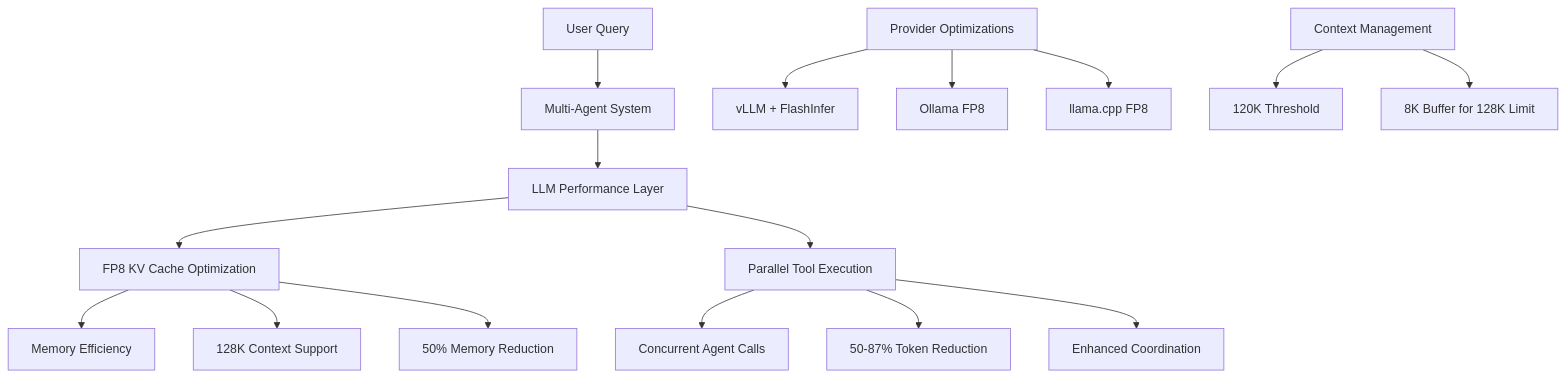
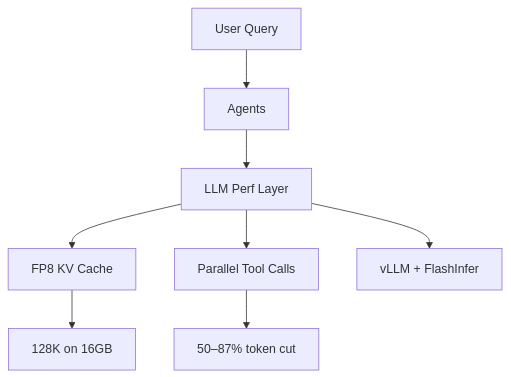
Before and after one commit to BjornMelin/docmind-ai-llm: the diagram in docs/developers/adrs/ADR-010-performance-optimization-strategy.md, drawn with Mermaid. The commit also changed other lines of this file and 30 other files, not shown here.

First line of the commit message:
test(config): verify vLLM context_window is capped by llm_context_window_max in get_model_config

````diff
--- a/docs/developers/adrs/ADR-010-performance-optimization-strategy.md
+++ b/docs/developers/adrs/ADR-010-performance-optimization-strategy.md
@@ -109,23 +81,10 @@
 ```mermaid
 graph TD
-    A[User Query] --> B[Multi-Agent System]
-    B --> C[LLM Performance Layer]
-    
-    C --> D[FP8 KV Cache Optimization]
-    C --> E[Parallel Tool Execution]
-    
-    D --> F[Memory Efficiency]
-    D --> G[128K Context Support]
-    D --> H[50% Memory Reduction]
-    
-    E --> I[Concurrent Agent Calls]
-    E --> J[50-87% Token Reduction]
-    E --> K[Enhanced Coordination]
-    
-    L[Provider Optimizations] --> M[vLLM + FlashInfer]
-    L --> N[Ollama FP8]
-    L --> O[llama.cpp FP8]
-    
-    P[Context Management] --> Q[120K Threshold]
-    P --> R[8K Buffer for 128K Limit]
+    A[User Query] --> B[Agents]
+    B --> C[LLM Perf Layer]
+    C --> D[FP8 KV Cache]
+    C --> E[Parallel Tool Calls]
+    D --> F[128K on 16GB]
+    E --> G[50–87% token cut]
+    C --> H[vLLM + FlashInfer]
 ```
````
